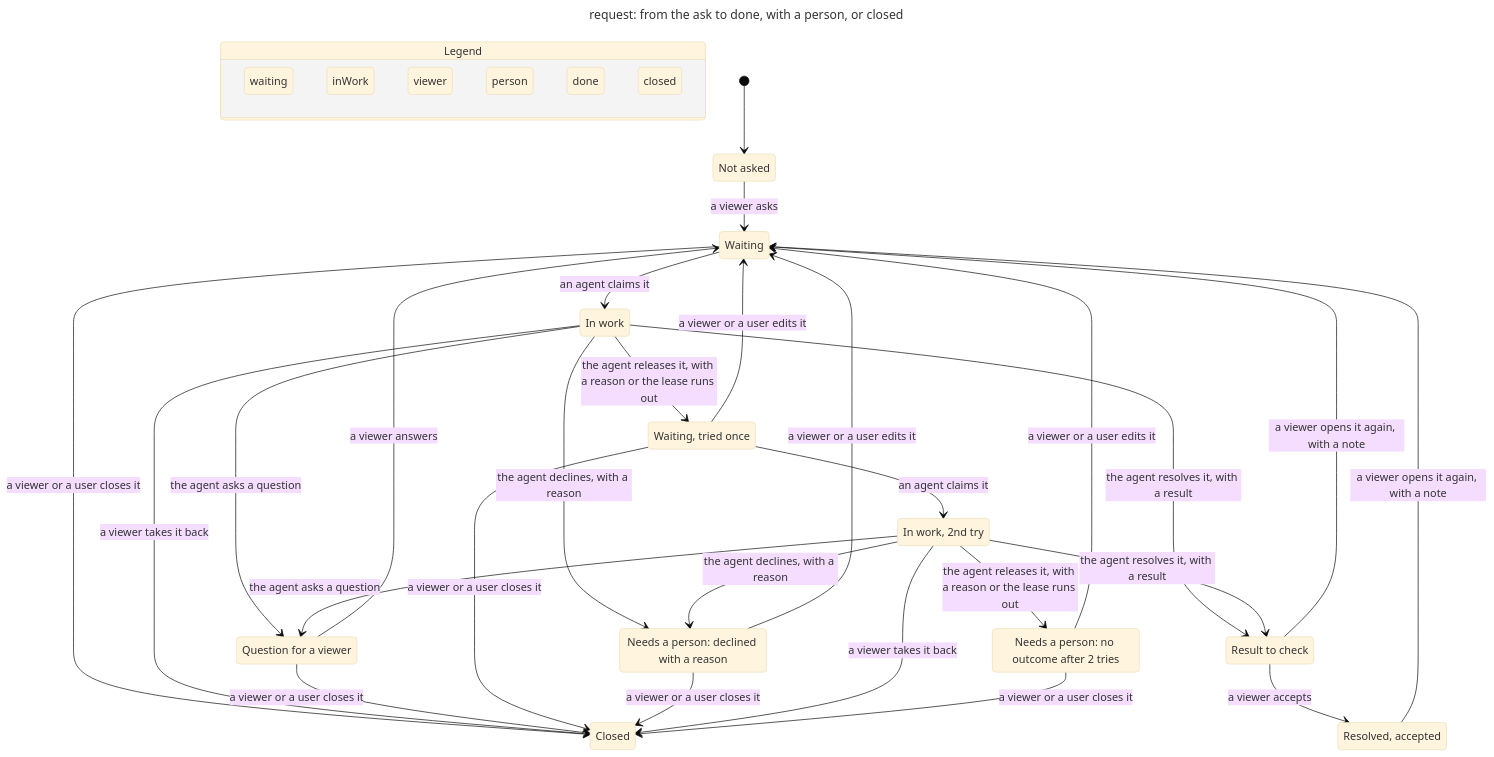
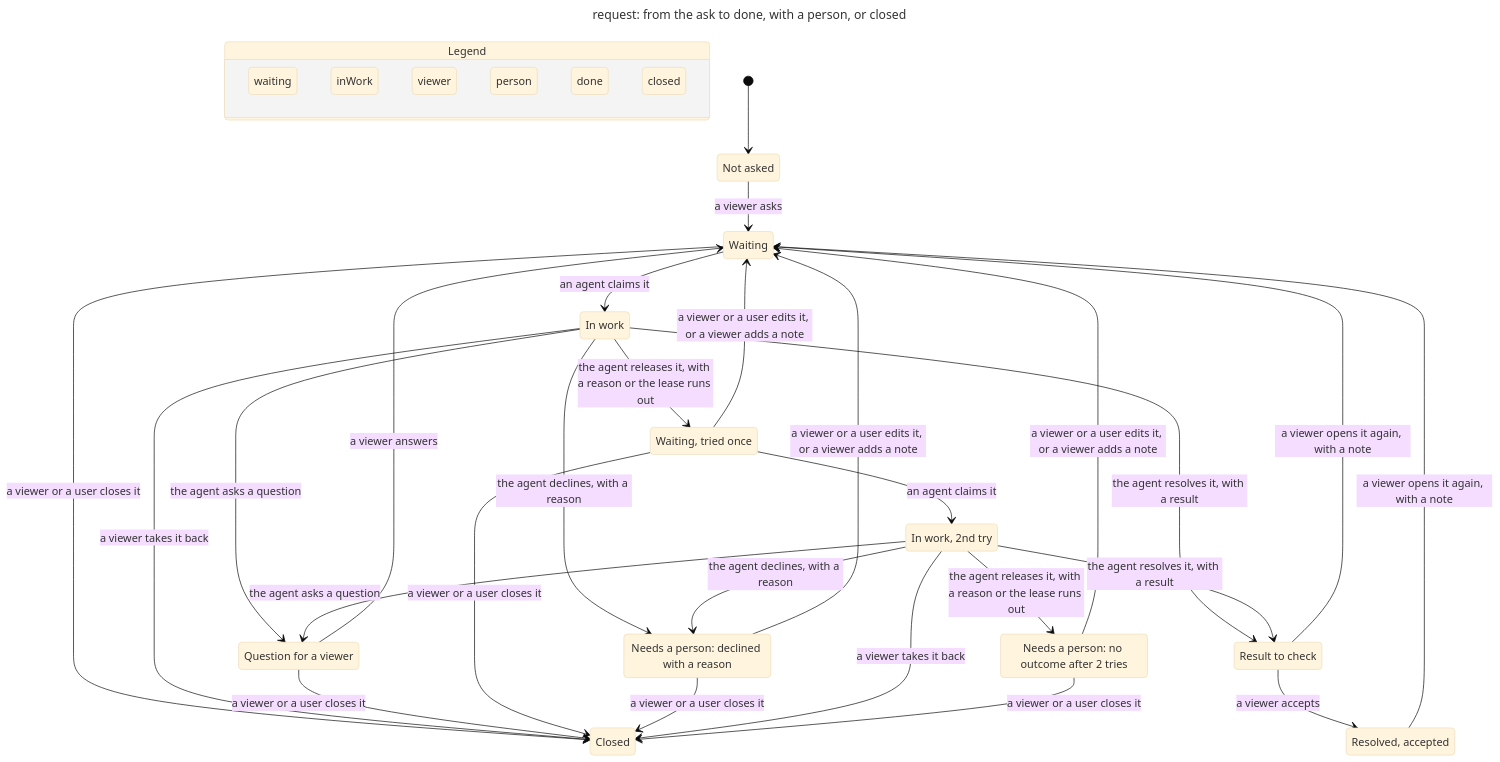
Before and after one commit to lagz0ne/easel: the diagram in docs/statecharts/request-life.md, drawn with Mermaid (base theme). The commit also changed other lines of this file and 21 other files, not shown here.

````diff
--- a/docs/statecharts/request-life.md
+++ b/docs/statecharts/request-life.md
@@ -16,68 +18,68 @@
 ```mermaid
 ---
 title: "request: from the ask to done, with a person, or closed"
 ---
 stateDiagram-v2
   state "Legend" as legend {
     lg0: waiting
     lg1: inWork
     lg2: viewer
     lg3: person
     lg4: done
     lg5: closed
   }
   class lg0 blue
   class lg1 yellow
   class lg2 purple
   class lg3 orange
   class lg4 teal
   class lg5 tan
   s0: Not asked
   s1: Waiting
   s2: Closed
   s3: In work
   s4: Question for a viewer
   s5: Waiting, tried once
   s6: Needs a person: declined with a reason
   s7: Result to check
   s8: In work, 2nd try
   s9: Resolved, accepted
   s10: Needs a person: no outcome after 2 tries
   [*] --> s0
   s0 --> s1: a viewer asks
   s1 --> s2: a viewer or a user closes it
   s1 --> s3: an agent claims it
   s3 --> s4: the agent asks a question
   s3 --> s2: a viewer takes it back
   s3 --> s5: the agent releases it, with a reason or the lease runs out
   s3 --> s6: the agent declines, with a reason
   s3 --> s7: the agent resolves it, with a result
   s4 --> s1: a viewer answers
   s4 --> s2: a viewer or a user closes it
-  s5 --> s1: a viewer or a user edits it
+  s5 --> s1: a viewer or a user edits it, or a viewer adds a note
   s5 --> s2: a viewer or a user closes it
   s5 --> s8: an agent claims it
-  s6 --> s1: a viewer or a user edits it
+  s6 --> s1: a viewer or a user edits it, or a viewer adds a note
   s6 --> s2: a viewer or a user closes it
   s7 --> s1: a viewer opens it again, with a note
   s7 --> s9: a viewer accepts
   s8 --> s4: the agent asks a question
   s8 --> s2: a viewer takes it back
   s8 --> s10: the agent releases it, with a reason or the lease runs out
   s8 --> s6: the agent declines, with a reason
   s8 --> s7: the agent resolves it, with a result
   s9 --> s1: a viewer opens it again, with a note
-  s10 --> s1: a viewer or a user edits it
+  s10 --> s1: a viewer or a user edits it, or a viewer adds a note
   s10 --> s2: a viewer or a user closes it
   class s0 blue
   class s1 blue
   class s2 tan
   class s3 yellow
   class s4 purple
   class s5 blue
   class s6 orange
   class s7 teal
   class s8 yellow
   class s9 teal
   class s10 orange
 ```
````
